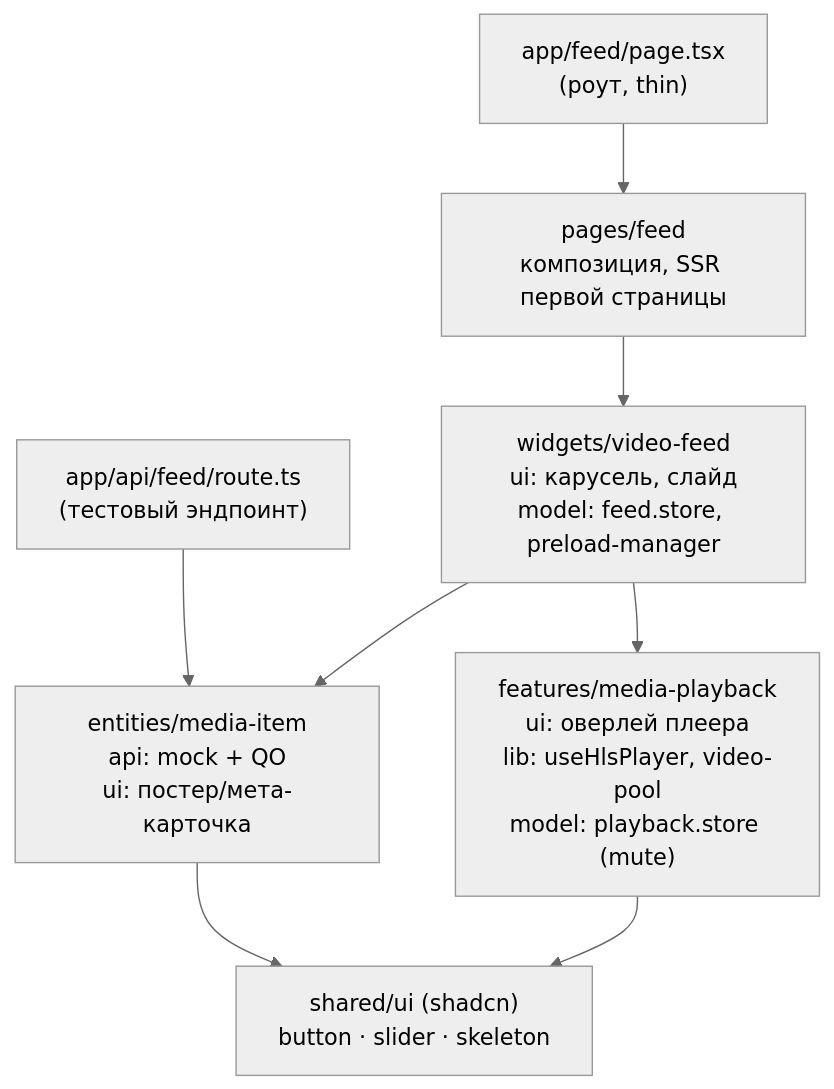
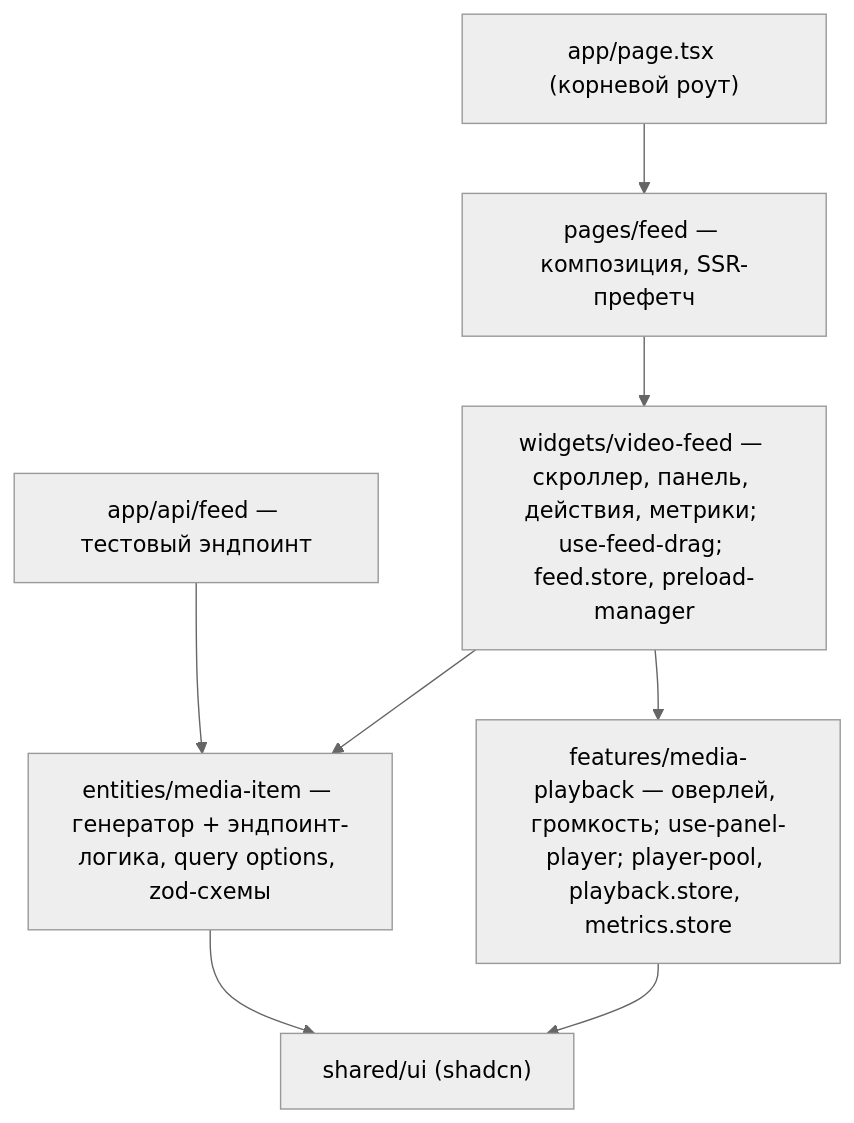
Before and after one commit to DealUnloker/tiktok-demo: the first of 2 diagrams in docs/PLAN.md, drawn with Mermaid (neutral theme). The commit also changed other lines of this file and 27 other files, not shown here.

````diff
--- a/docs/PLAN.md
+++ b/docs/PLAN.md
@@ -384,10 +178,10 @@
 ```mermaid
 flowchart TD
-    R["app/feed/page.tsx<br/>(роут, thin)"] --> PG["pages/feed<br/>композиция, SSR первой страницы"]
-    API["app/api/feed/route.ts<br/>(тестовый эндпоинт)"] --> E
-    PG --> W["widgets/video-feed<br/>ui: карусель, слайд<br/>model: feed.store, preload-manager"]
-    W --> F["features/media-playback<br/>ui: оверлей плеера<br/>lib: useHlsPlayer, video-pool<br/>model: playback.store (mute)"]
-    W --> E["entities/media-item<br/>api: mock + QO<br/>ui: постер/мета-карточка"]
-    F --> SH["shared/ui (shadcn)<br/>button · slider · skeleton"]
+    R["app/page.tsx (корневой роут)"] --> PG["pages/feed — композиция, SSR-префетч"]
+    API["app/api/feed — тестовый эндпоинт"] --> E
+    PG --> W["widgets/video-feed — скроллер, панель, действия, метрики; use-feed-drag; feed.store, preload-manager"]
+    W --> F["features/media-playback — оверлей, громкость; use-panel-player; player-pool, playback.store, metrics.store"]
+    W --> E["entities/media-item — генератор + эндпоинт-логика, query options, zod-схемы"]
+    F --> SH["shared/ui (shadcn)"]
     E --> SH
 ```
````
